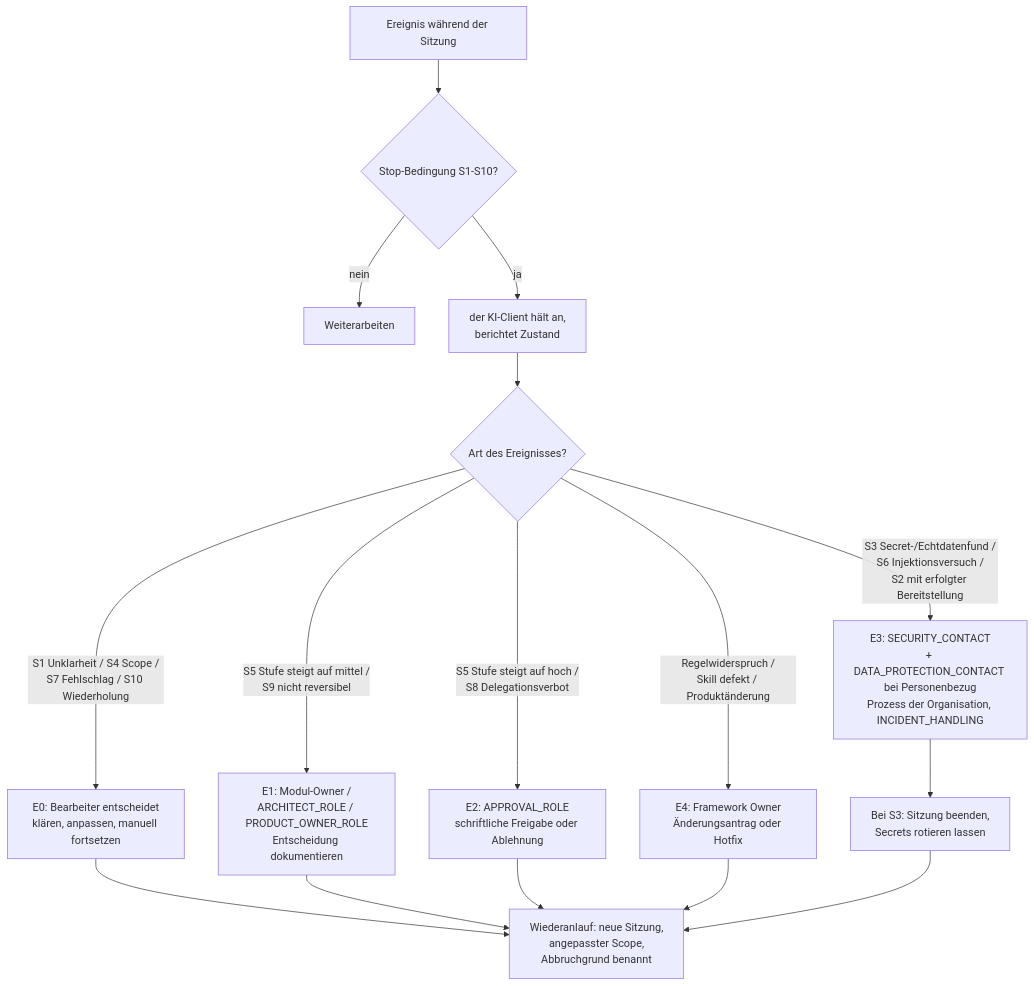
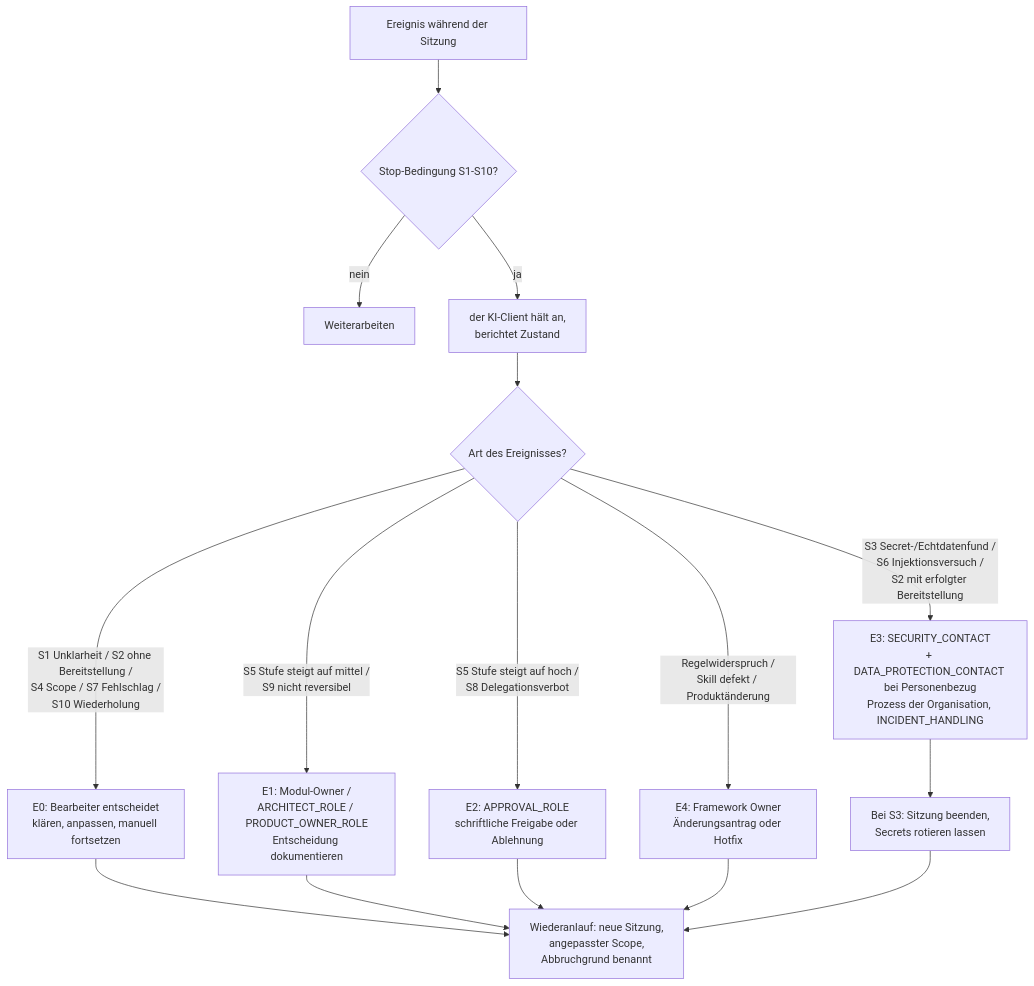
One commit to Renoxar/koolie changed the diagram in .koolie/core/decision-trees/05-stop-or-escalate.md. Above: the diagram before and after it, drawn with Mermaid. The commit also changed other lines of this file and 41 other files, not shown here.

````diff
--- a/.koolie/core/decision-trees/05-stop-or-escalate.md
+++ b/.koolie/core/decision-trees/05-stop-or-escalate.md
@@ -25,18 +25,18 @@
 ```mermaid
 flowchart TD
     A["Ereignis während der Sitzung"] --> B{"Stop-Bedingung S1-S10?"}
     B -- "nein" --> W["Weiterarbeiten"]
     B -- "ja" --> C["der KI-Client hält an,<br/>berichtet Zustand"]
     C --> D{"Art des Ereignisses?"}
-    D -- "S1 Unklarheit / S4 Scope /<br/>S7 Fehlschlag / S10 Wiederholung" --> E0["E0: Bearbeiter entscheidet<br/>klären, anpassen, manuell fortsetzen"]
+    D -- "S1 Unklarheit / S2 ohne Bereitstellung /<br/>S4 Scope / S7 Fehlschlag /<br/>S10 Wiederholung" --> E0["E0: Bearbeiter entscheidet<br/>klären, anpassen, manuell fortsetzen"]
     D -- "S5 Stufe steigt auf mittel /<br/>S9 nicht reversibel" --> E1["E1: Modul-Owner /<br/>ARCHITECT_ROLE / PRODUCT_OWNER_ROLE<br/>Entscheidung dokumentieren"]
     D -- "S5 Stufe steigt auf hoch /<br/>S8 Delegationsverbot" --> E2["E2: APPROVAL_ROLE<br/>schriftliche Freigabe oder Ablehnung"]
     D -- "S3 Secret-/Echtdatenfund /<br/>S6 Injektionsversuch /<br/>S2 mit erfolgter Bereitstellung" --> E3["E3: SECURITY_CONTACT<br/>+ DATA_PROTECTION_CONTACT bei Personenbezug<br/>Prozess der Organisation, INCIDENT_HANDLING"]
     D -- "Regelwiderspruch /<br/>Skill defekt / Produktänderung" --> E4["E4: Framework Owner<br/>Änderungsantrag oder Hotfix"]
     E3 --> S["Bei S3: Sitzung beenden,<br/>Secrets rotieren lassen"]
     E0 --> R["Wiederanlauf: neue Sitzung,<br/>angepasster Scope,<br/>Abbruchgrund benannt"]
     E1 --> R
     E2 --> R
     E4 --> R
     S --> R
 ```
````
